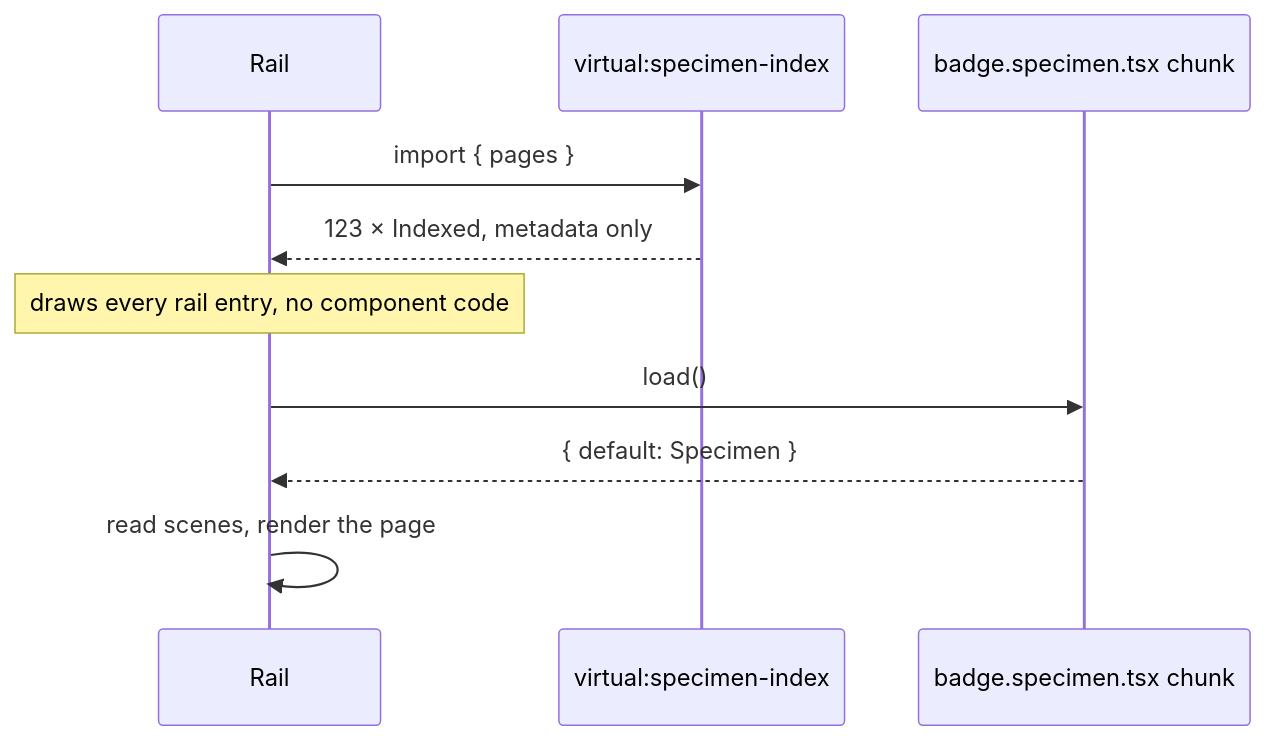
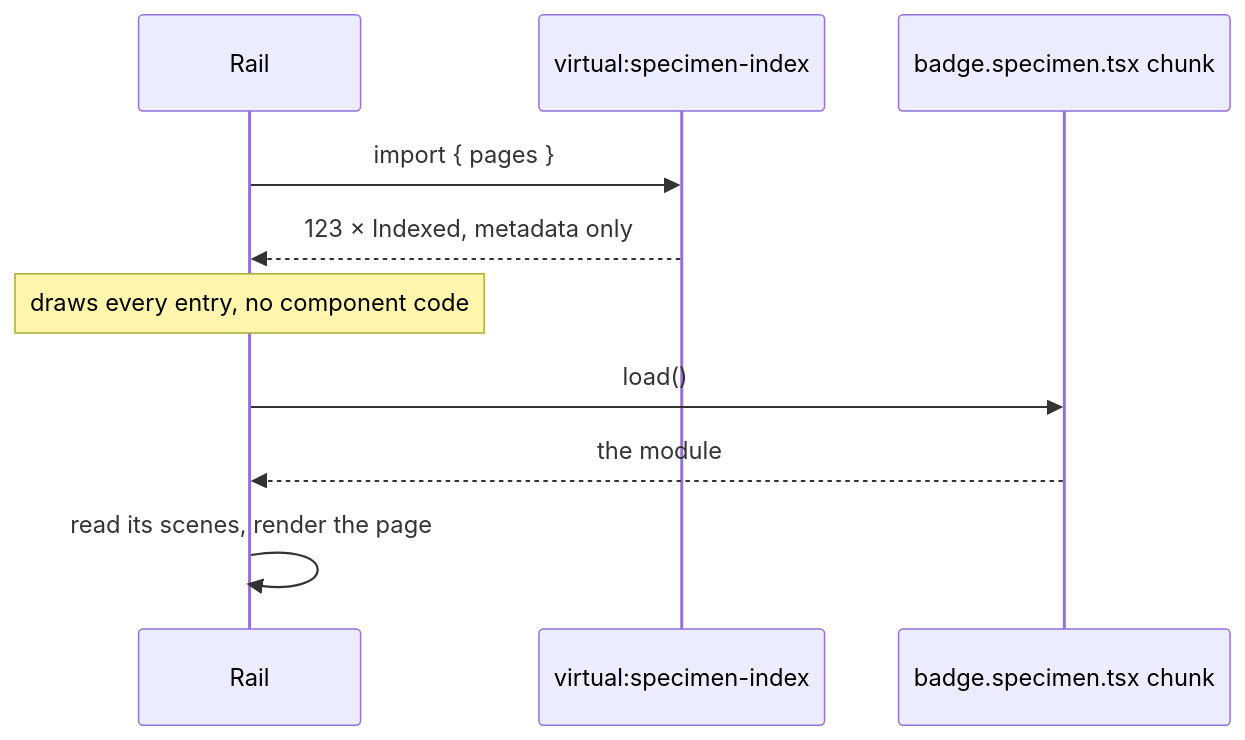
Before and after one commit to stealth-scale/platform: the second of 3 diagrams in docs/rfc/0001-index-specimens-without-loading-them.md, drawn with Mermaid. The commit also changed other lines of this file and 1 other file, not shown here.

````diff
--- a/docs/rfc/0001-index-specimens-without-loading-them.md
+++ b/docs/rfc/0001-index-specimens-without-loading-them.md
@@ -275,12 +218,12 @@
 ```mermaid
 sequenceDiagram
     participant R as Rail
     participant V as virtual:specimen-index
     participant C as badge.specimen.tsx chunk
     R->>V: import { pages }
     V-->>R: 123 × Indexed, metadata only
-    Note over R: draws every rail entry, no component code
+    Note over R: draws every entry, no component code
     R->>C: load()
-    C-->>R: { default: Specimen }
-    R->>R: read scenes, render the page
+    C-->>R: the module
+    R->>R: read its scenes, render the page
 ```
````
